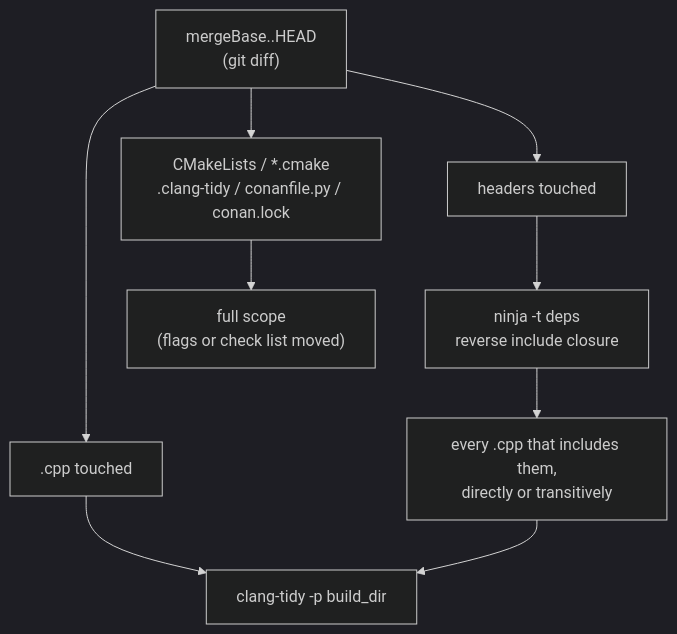
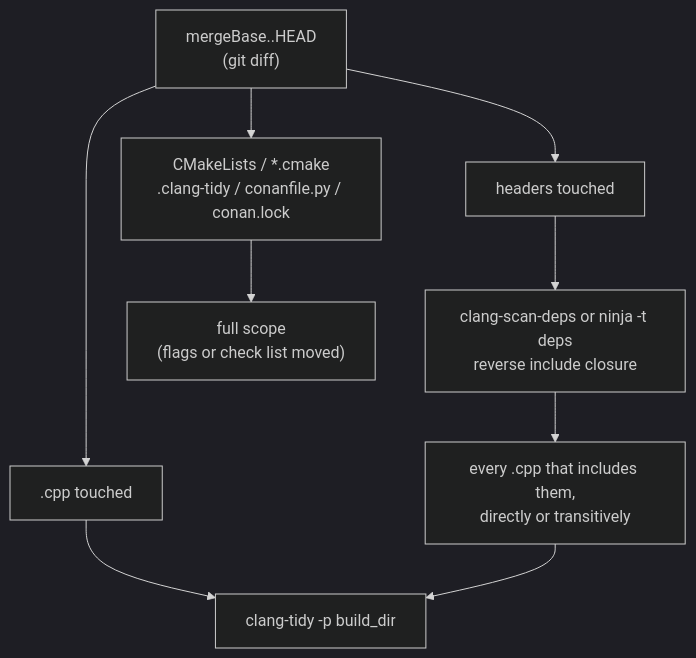
Before and after one commit to Silmaen/Owl: the third of 3 diagrams in doc/pages/continuous_integration.md, drawn with Mermaid (dark theme). The commit also changed other lines of this file and 8 other files, not shown here.

Commit message:
Configure Clang-Tidy without compiling and scope it with clang-scan-deps

````diff
--- a/doc/pages/continuous_integration.md
+++ b/doc/pages/continuous_integration.md
@@ -465,11 +468,11 @@
 ```mermaid
 flowchart TD
     MB["mergeBase..HEAD<br/>(git diff)"] --> CPP[".cpp touched"]
     MB --> HDR["headers touched"]
     MB --> CFG["CMakeLists / *.cmake<br/>.clang-tidy / conanfile.py / conan.lock"]
-    HDR --> DEPS["ninja -t deps<br/>reverse include closure"]
+    HDR --> DEPS["clang-scan-deps or ninja -t deps<br/>reverse include closure"]
     DEPS --> TU["every .cpp that includes them,<br/>directly or transitively"]
     CPP --> RUN["clang-tidy -p build_dir"]
     TU --> RUN
     CFG --> FULL["full scope<br/>(flags or check list moved)"]
 ```
````
